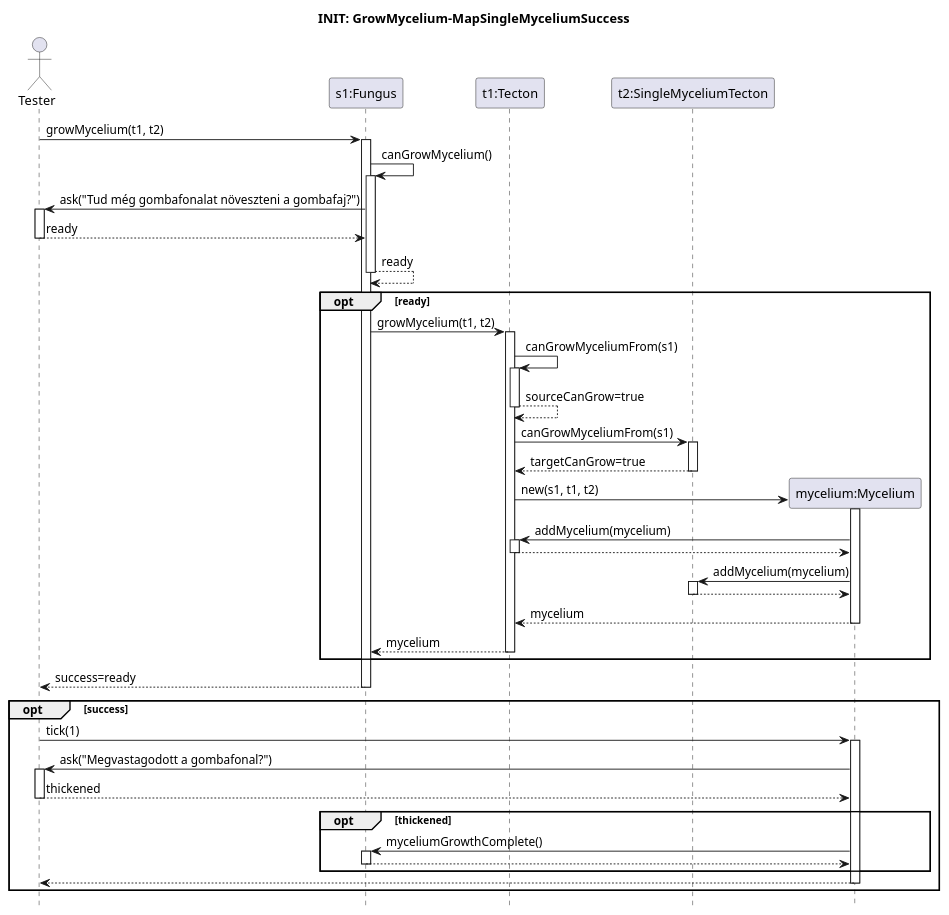
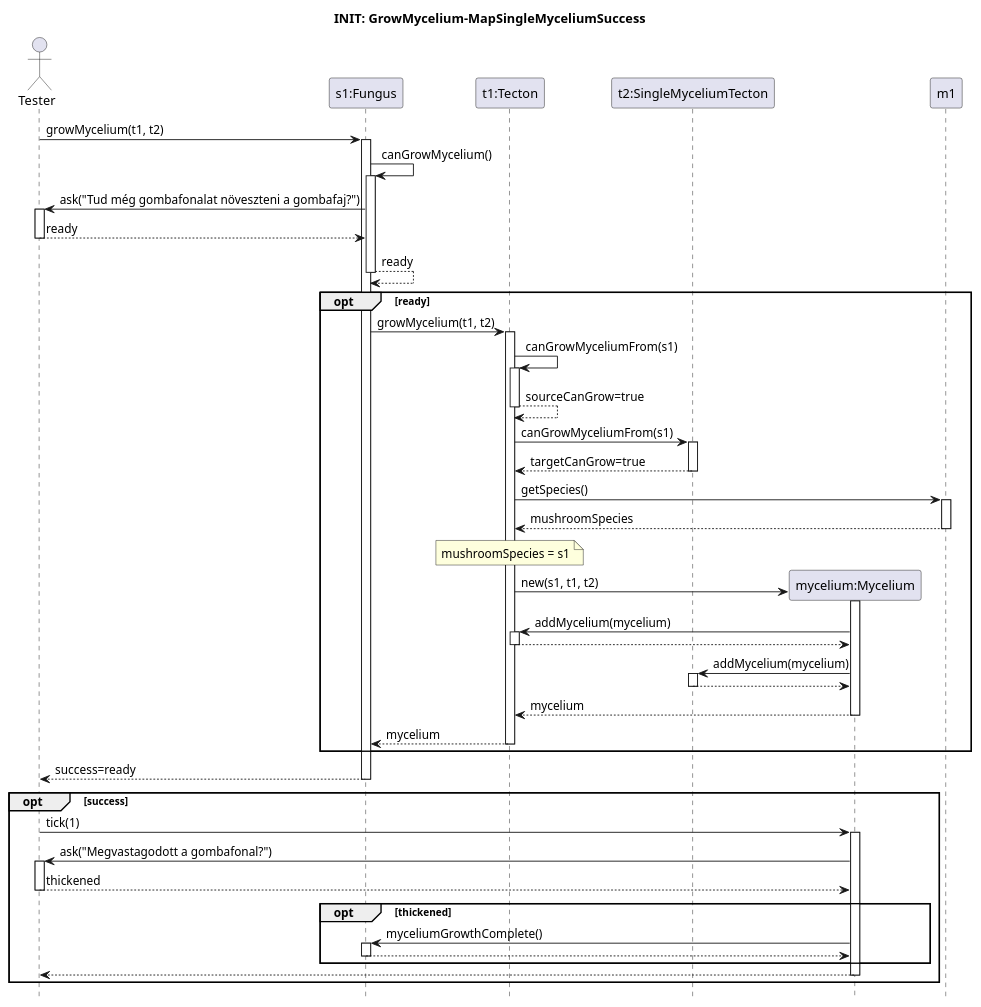
One commit to ZD4ve/projlab-error521 changed the diagram in Skeleton/Grow-mycelium/singlemycelium-success.pu. Above: the diagram before and after it, drawn with PlantUML. The commit also changed 4 other files, not shown here.

```diff
--- a/Skeleton/Grow-mycelium/singlemycelium-success.pu
+++ b/Skeleton/Grow-mycelium/singlemycelium-success.pu
@@ -1,70 +1,75 @@
 @startuml grow-mycelium-success
 hide footbox
 
 title INIT: GrowMycelium-MapSingleMyceliumSuccess
 
 actor Tester
 participant "s1:Fungus" as species
 participant "t1:Tecton" as source
 participant "t2:SingleMyceliumTecton" as target
 participant "mycelium:Mycelium" as mycelium
 
 Tester -> species : growMycelium(t1, t2)
 activate species
 
 species -> species : canGrowMycelium()
 activate species
 
 Tester <- species : ask("Tud még gombafonalat növeszteni a gombafaj?")
 activate Tester
 return ready
 
 return ready
 
 opt ready
 
     species -> source : growMycelium(t1, t2)
     activate source
         source -> source : canGrowMyceliumFrom(s1)
         activate source
         return sourceCanGrow=true
 
         source -> target : canGrowMyceliumFrom(s1)
         activate target
         return targetCanGrow=true
+
+        source -> m1 : getSpecies()
+        activate m1
+        return mushroomSpecies
+        note over source: mushroomSpecies = s1
 
         create mycelium
         source -> mycelium : new(s1, t1, t2)
         activate mycelium
 
         mycelium -> source : addMycelium(mycelium)
         activate source
         return
 
         mycelium -> target : addMycelium(mycelium)
         activate target
         return
 
         return mycelium
 
     return mycelium
 end
 return success=ready
 
 opt success
     Tester -> mycelium : tick(1)
     activate mycelium
 
     Tester <- mycelium : ask("Megvastagodott a gombafonal?")
     activate Tester
     return thickened
 
     opt thickened 
         mycelium -> species : myceliumGrowthComplete()
         activate species
         return
     end
 
     return
 end
 @enduml
```
